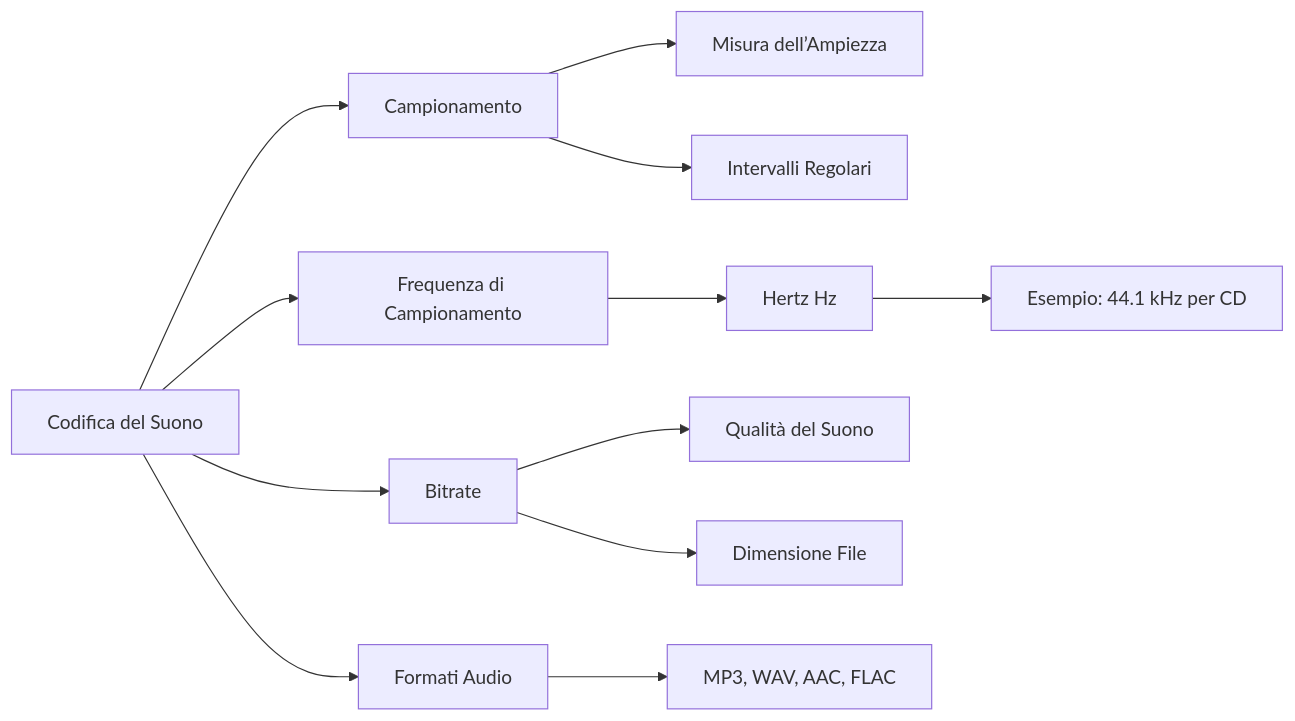
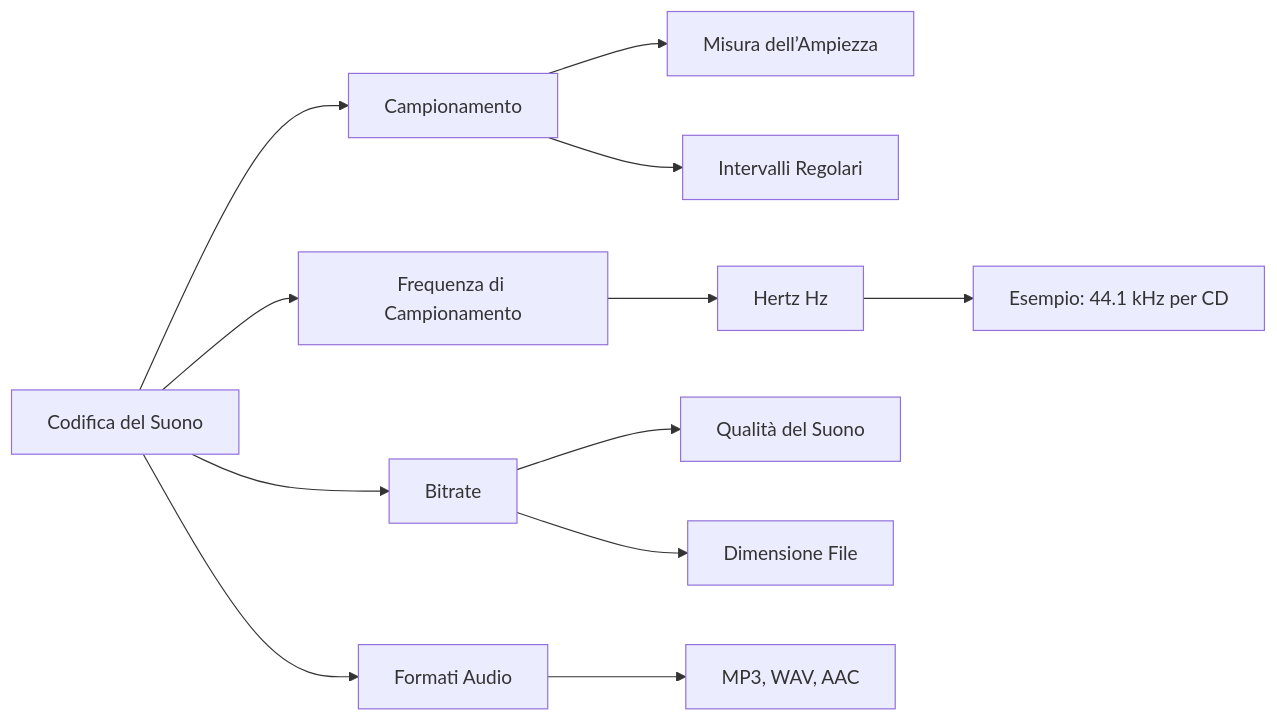
Before and after one commit to Federob/infohandouts: the diagram in docs/infoCoding/03_digit_audio.md, drawn with Mermaid.

````diff
--- a/docs/infoCoding/03_digit_audio.md
+++ b/docs/infoCoding/03_digit_audio.md
@@ -67,14 +67,14 @@
 ```mermaid
 graph LR
     A[Codifica del Suono] --> B[Campionamento]
     B --> C[Misura dell’Ampiezza]
     B --> D[Intervalli Regolari]
     A --> E[Frequenza di Campionamento]
     E --> F[Hertz Hz]
     F --> G[Esempio: 44.1 kHz per CD]
     A --> H[Bitrate]
     H --> I[Qualità del Suono]
     H --> J[Dimensione File]
     A --> K[Formati Audio]
-    K --> L[MP3, WAV, AAC, FLAC]
+    K --> L[MP3, WAV, AAC]
 ```
````
